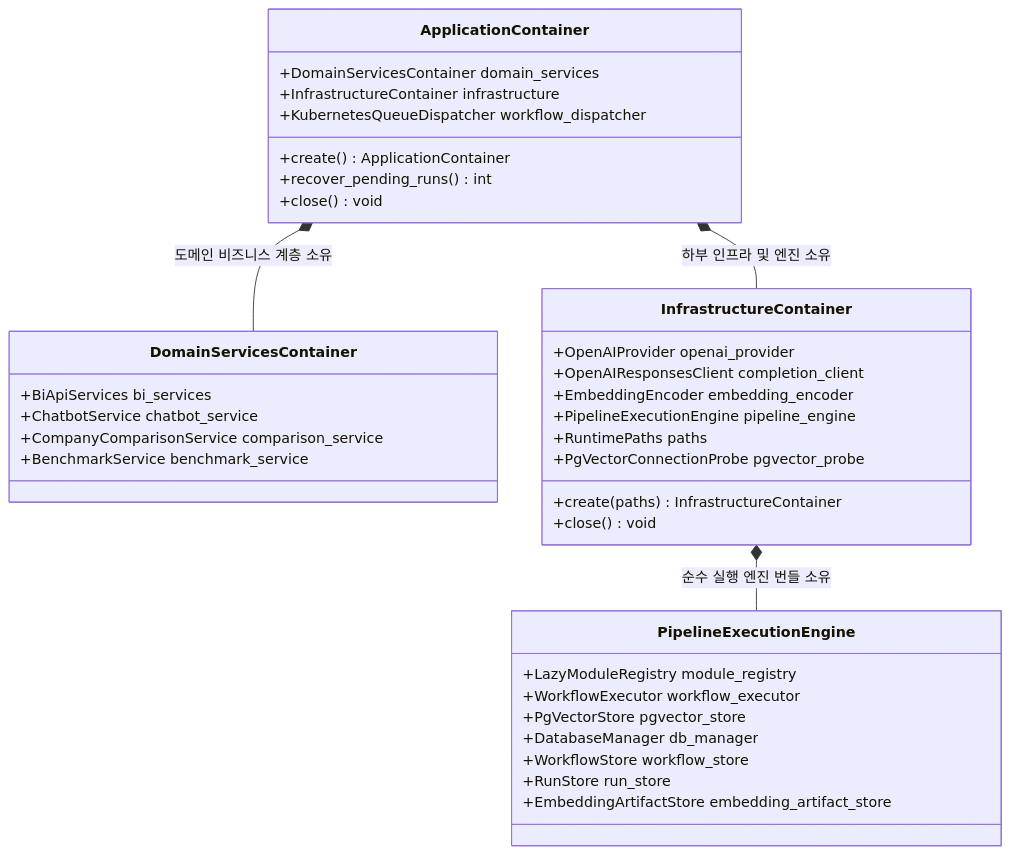
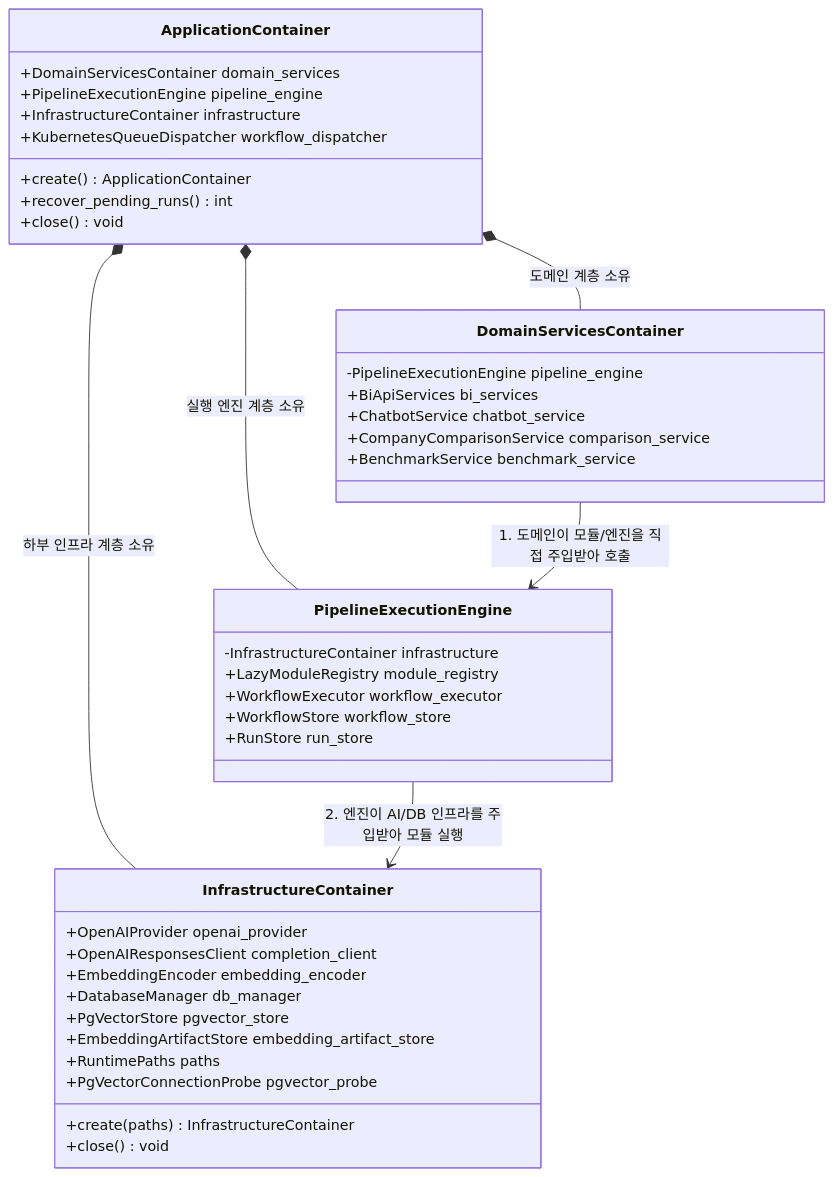
One commit to bist-mini-final/bist-mini-final changed the third of 3 diagrams in docs/01_system_blueprints/BP-101_system_architecture_blueprint.md. Above: the diagram before and after it, drawn with Mermaid. The commit also changed other lines of this file, not shown here.

Commit message:
docs: establish clear Domain -> Engine -> Infrastructure DI container hierarchy in BP-101

````diff
--- a/docs/01_system_blueprints/BP-101_system_architecture_blueprint.md
+++ b/docs/01_system_blueprints/BP-101_system_architecture_blueprint.md
@@ -148,43 +148,47 @@
 ```mermaid
 classDiagram
     class ApplicationContainer {
         +DomainServicesContainer domain_services
+        +PipelineExecutionEngine pipeline_engine
         +InfrastructureContainer infrastructure
         +KubernetesQueueDispatcher workflow_dispatcher
         +create() ApplicationContainer
         +recover_pending_runs() int
         +close() void
     }
 
     class DomainServicesContainer {
+        -PipelineExecutionEngine pipeline_engine
         +BiApiServices bi_services
         +ChatbotService chatbot_service
         +CompanyComparisonService comparison_service
         +BenchmarkService benchmark_service
     }
 
+    class PipelineExecutionEngine {
+        -InfrastructureContainer infrastructure
+        +LazyModuleRegistry module_registry
+        +WorkflowExecutor workflow_executor
+        +WorkflowStore workflow_store
+        +RunStore run_store
+    }
+
     class InfrastructureContainer {
         +OpenAIProvider openai_provider
         +OpenAIResponsesClient completion_client
         +EmbeddingEncoder embedding_encoder
-        +PipelineExecutionEngine pipeline_engine
+        +DatabaseManager db_manager
+        +PgVectorStore pgvector_store
+        +EmbeddingArtifactStore embedding_artifact_store
         +RuntimePaths paths
         +PgVectorConnectionProbe pgvector_probe
         +create(paths) InfrastructureContainer
         +close() void
     }
 
-    class PipelineExecutionEngine {
-        +LazyModuleRegistry module_registry
-        +WorkflowExecutor workflow_executor
-        +PgVectorStore pgvector_store
-        +DatabaseManager db_manager
-        +WorkflowStore workflow_store
-        +RunStore run_store
-        +EmbeddingArtifactStore embedding_artifact_store
-    }
-
-    ApplicationContainer *-- DomainServicesContainer : 도메인 비즈니스 계층 소유
-    ApplicationContainer *-- InfrastructureContainer : 하부 인프라 및 엔진 소유
-    InfrastructureContainer *-- PipelineExecutionEngine : 순수 실행 엔진 번들 소유
+    ApplicationContainer *-- DomainServicesContainer : 도메인 계층 소유
+    ApplicationContainer *-- PipelineExecutionEngine : 실행 엔진 계층 소유
+    ApplicationContainer *-- InfrastructureContainer : 하부 인프라 계층 소유
+    DomainServicesContainer --> PipelineExecutionEngine : 1. 도메인이 모듈/엔진을 직접 주입받아 호출
+    PipelineExecutionEngine --> InfrastructureContainer : 2. 엔진이 AI/DB 인프라를 주입받아 모듈 실행
 ```
````
